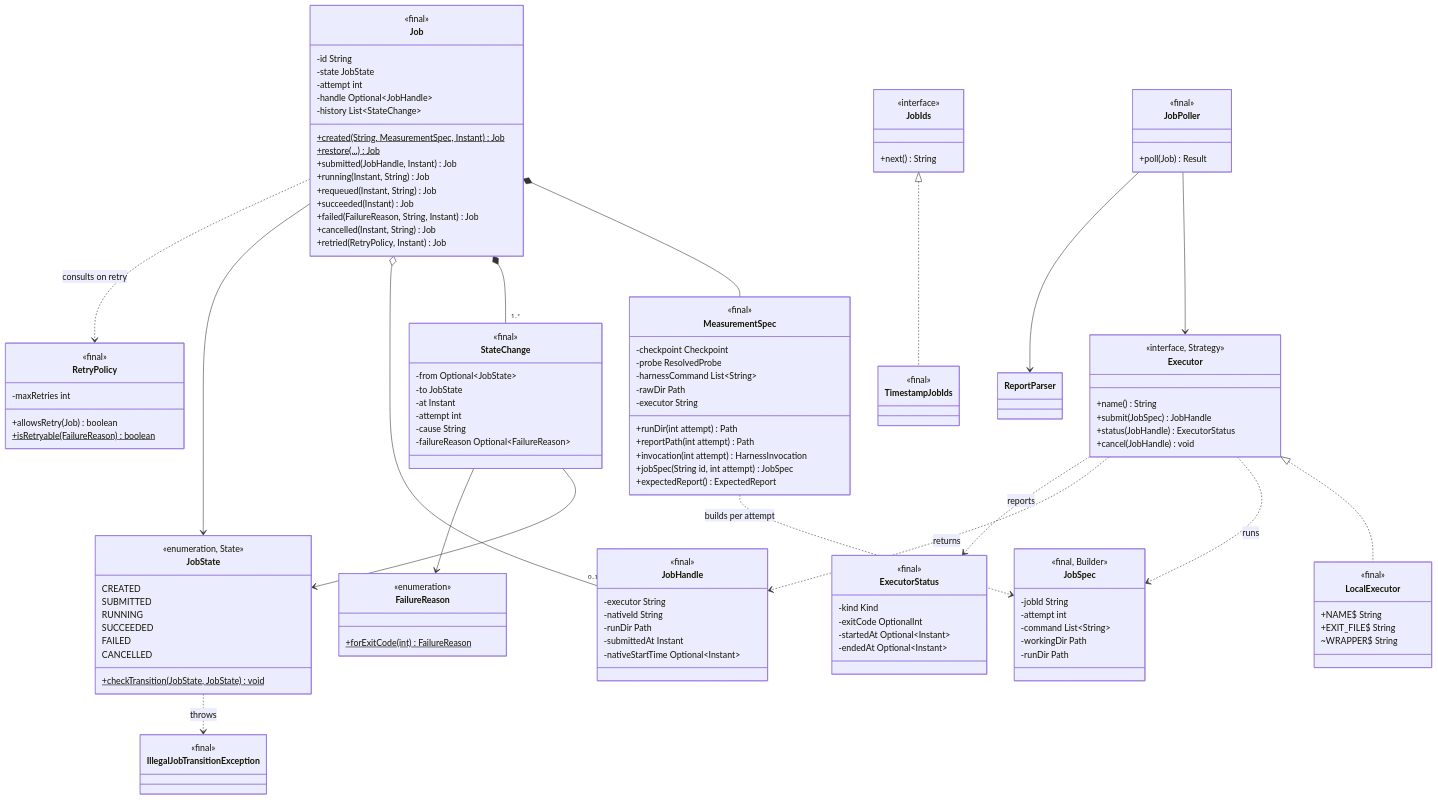
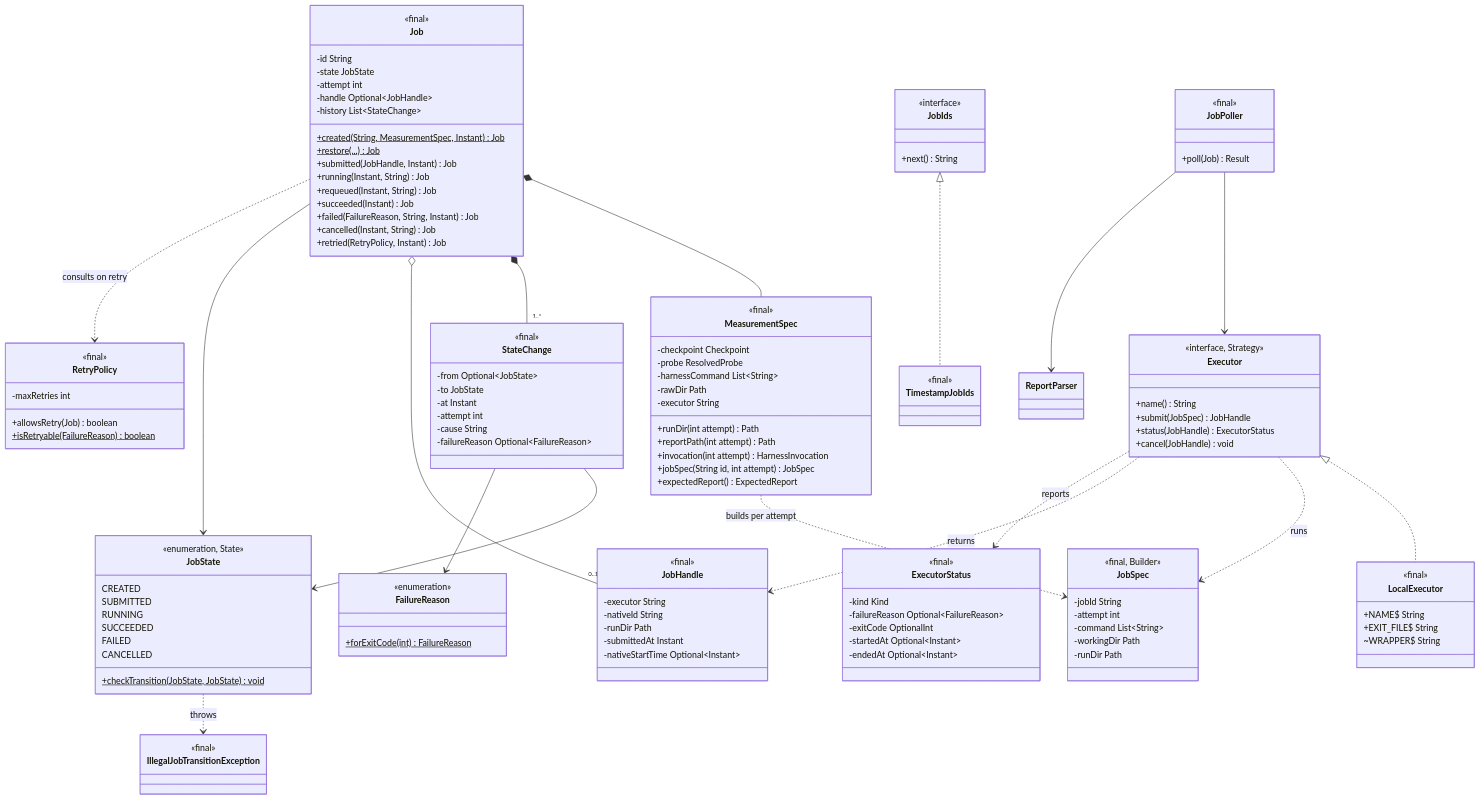
Before and after one commit to ritikmahy5/draftwatch: the eighth of 14 diagrams in docs/uml/class-diagram.md, drawn with Mermaid. The commit also changed other lines of this file and 3 other files, not shown here.

Commit message:
docs: update architecture, spec, UML, and README for the Slurm executor

```diff
--- a/docs/uml/class-diagram.md
+++ b/docs/uml/class-diagram.md
@@ -858,6 +883,7 @@
   class ExecutorStatus {
     <<final>>
     -kind Kind
+    -failureReason Optional~FailureReason~
     -exitCode OptionalInt
     -startedAt Optional~Instant~
     -endedAt Optional~Instant~
```
